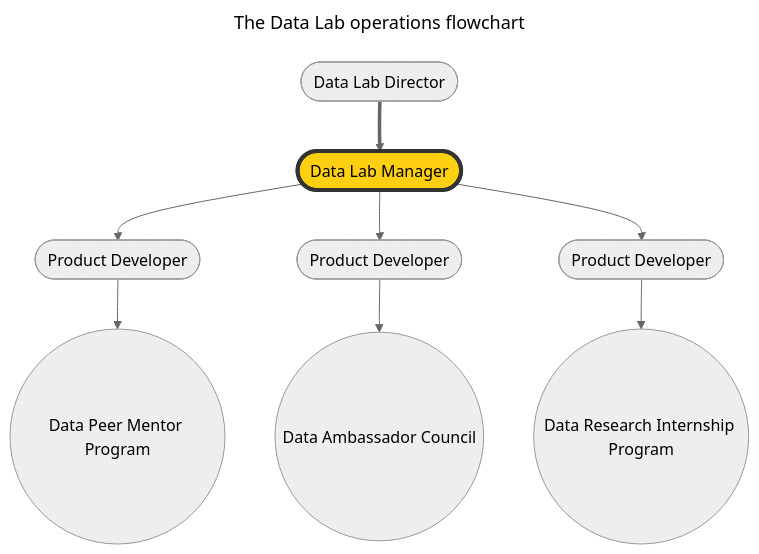
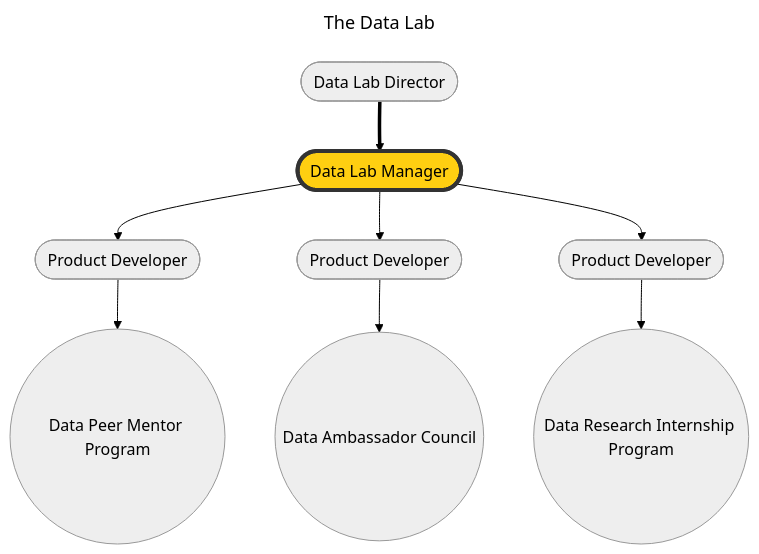
The second of 2 diagrams in DAC_Report.qmd (caids-datalab/caids-datalab.github.io), drawn with Mermaid (neutral theme) before and after one commit. The commit also changed other lines of this file and 4 other files, not shown here.

````diff
--- a/DAC_Report.qmd
+++ b/DAC_Report.qmd
@@ -250,26 +238,29 @@
 ```{mermaid}
 ---
-title: The Data Lab operations flowchart
+title: The Data Lab
 ---
 
 flowchart TB
 
 A((Data Peer Mentor Program))
 B((Data Ambassador Council))
 C((Data Research Internship Program))
 
 D([Data Lab Manager])
 H([Data Lab Director])
 E([Product Developer])
 F([Product Developer])
 G([Product Developer])
 
 H ==> D
 D --> E & F & G
 E --> A 
 F --> B 
 G --> C
 
 style D color:#000000,fill:#ffcf11,stroke:#333,stroke-width:4px
+linkStyle default stroke:black
+linkStyle 0 stroke:black
+
   
 ```
````
